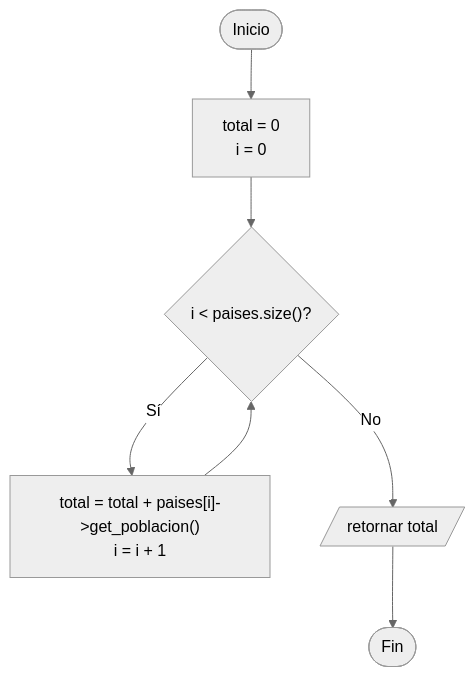
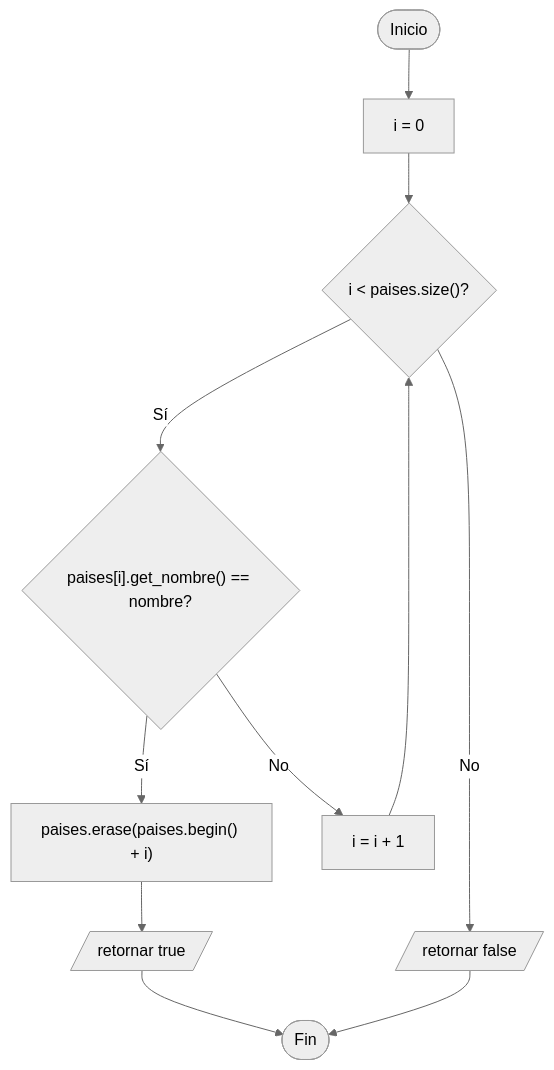
Before and after one commit to CursosProgramacionEP/PO_UTEC_Semana12: the second of 2 diagrams in A1_ContinentePais/README.md, drawn with Mermaid (neutral theme). The commit also changed other lines of this file and 13 other files, not shown here.

````diff
--- a/A1_ContinentePais/README.md
+++ b/A1_ContinentePais/README.md
@@ -63,9 +76,13 @@
 ```mermaid
 flowchart TD
-    A([Inicio]) --> B["total = 0<br/>i = 0"]
+    A([Inicio]) --> B["i = 0"]
     B --> C{"i < paises.size()?"}
-    C -- Sí --> D["total = total + paises[i]->get_poblacion()<br/>i = i + 1"]
-    D --> C
-    C -- No --> E[/"retornar total"/]
-    E --> F([Fin])
+    C -- Sí --> D{"paises[i].get_nombre() == nombre?"}
+    D -- Sí --> E["paises.erase(paises.begin() + i)"]
+    E --> F[/"retornar true"/]
+    D -- No --> G["i = i + 1"]
+    G --> C
+    C -- No --> H[/"retornar false"/]
+    F --> I([Fin])
+    H --> I
 ```
````
